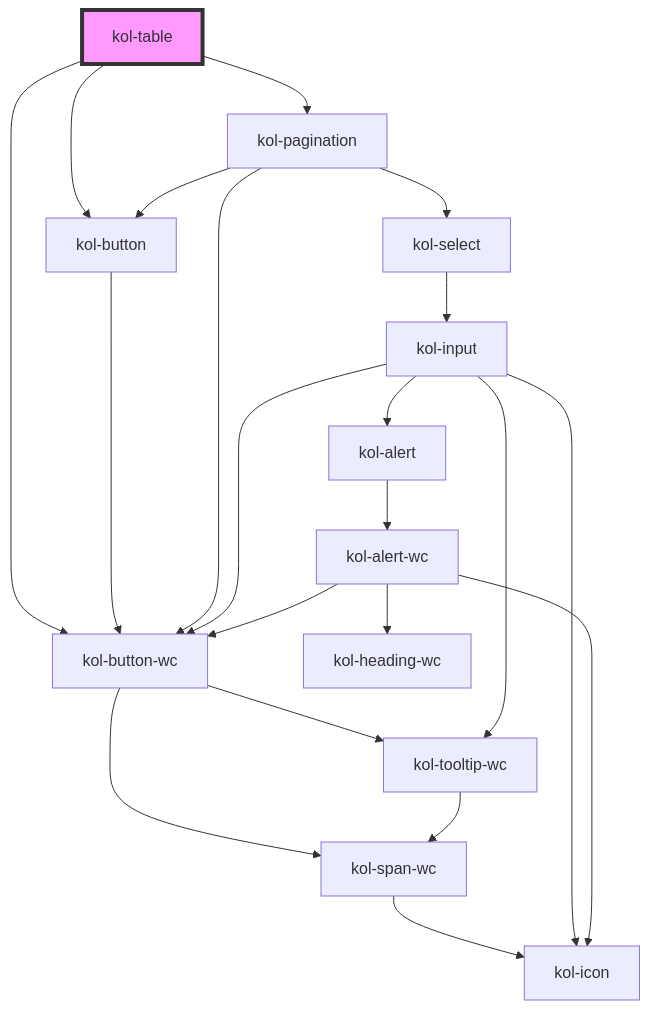
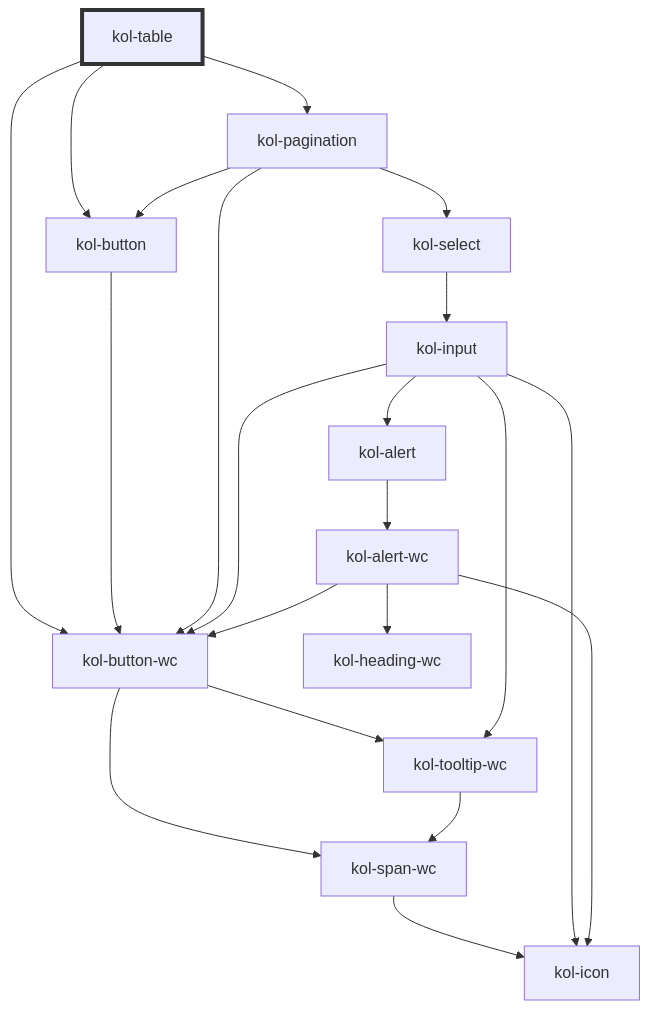
The diagram in packages/components/src/components/table/readme.md (public-ui/kolibri), drawn with Mermaid before and after one commit. The commit also changed 372 other files, not shown here.

````diff
--- a/packages/components/src/components/table/readme.md
+++ b/packages/components/src/components/table/readme.md
@@ -144,24 +144,24 @@
 ```mermaid
 graph TD;
   kol-table --> kol-button
   kol-table --> kol-pagination
   kol-table --> kol-button-wc
   kol-button --> kol-button-wc
   kol-button-wc --> kol-span-wc
   kol-button-wc --> kol-tooltip-wc
   kol-span-wc --> kol-icon
   kol-tooltip-wc --> kol-span-wc
   kol-pagination --> kol-button
   kol-pagination --> kol-select
   kol-pagination --> kol-button-wc
   kol-select --> kol-input
   kol-input --> kol-icon
   kol-input --> kol-button-wc
   kol-input --> kol-tooltip-wc
   kol-input --> kol-alert
   kol-alert --> kol-alert-wc
   kol-alert-wc --> kol-heading-wc
   kol-alert-wc --> kol-button-wc
   kol-alert-wc --> kol-icon
-  style kol-table fill:#f9f,stroke:#333,stroke-width:4px
+  style kol-table stroke:#333,stroke-width:4px
 ```
````
